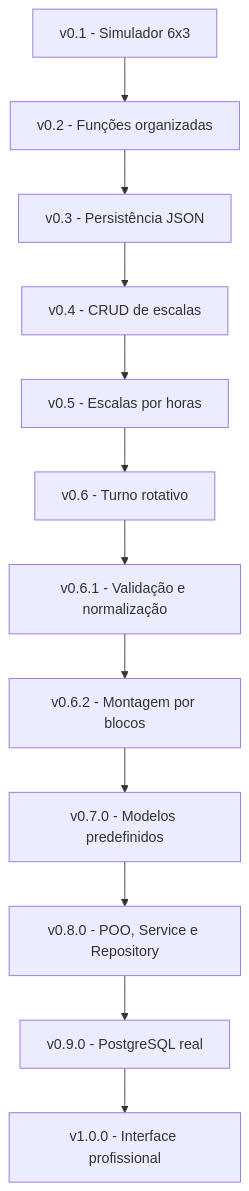
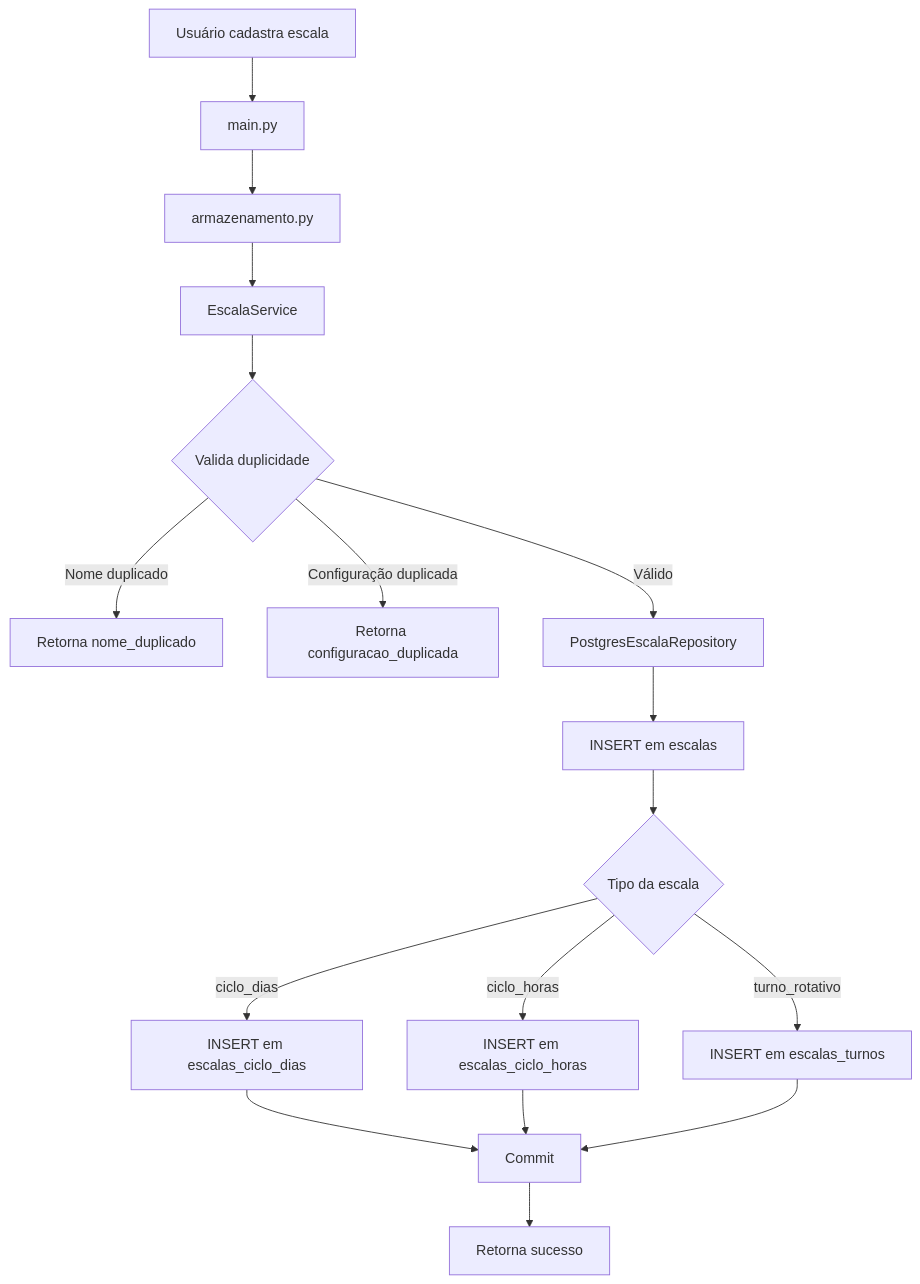
One commit to Dinox75/simulador-escala-trabalho changed the fifth of 5 diagrams in README.md. Above: the diagram before and after it, drawn with Mermaid. The commit also changed other lines of this file and 1 other file, not shown here.

````diff
--- a/README.md
+++ b/README.md
@@ -1196,14 +735,23 @@
 ```mermaid
 flowchart TD
-    A[v0.1 - Simulador 6x3] --> B[v0.2 - Funções organizadas]
-    B --> C[v0.3 - Persistência JSON]
-    C --> D[v0.4 - CRUD de escalas]
-    D --> E[v0.5 - Escalas por horas]
-    E --> F[v0.6 - Turno rotativo]
-    F --> G[v0.6.1 - Validação e normalização]
-    G --> H[v0.6.2 - Montagem por blocos]
-    H --> I[v0.7.0 - Modelos predefinidos]
-    I --> J[v0.8.0 - POO, Service e Repository]
-    J --> K[v0.9.0 - PostgreSQL real]
-    K --> L[v1.0.0 - Interface profissional]
+    A[Usuário cadastra escala] --> B[main.py]
+    B --> C[armazenamento.py]
+    C --> D[EscalaService]
+    D --> E{Valida duplicidade}
+
+    E -->|Nome duplicado| F[Retorna nome_duplicado]
+    E -->|Configuração duplicada| G[Retorna configuracao_duplicada]
+    E -->|Válido| H[PostgresEscalaRepository]
+
+    H --> I[INSERT em escalas]
+    I --> J{Tipo da escala}
+
+    J -->|ciclo_dias| K[INSERT em escalas_ciclo_dias]
+    J -->|ciclo_horas| L[INSERT em escalas_ciclo_horas]
+    J -->|turno_rotativo| M[INSERT em escalas_turnos]
+
+    K --> N[Commit]
+    L --> N[Commit]
+    M --> N[Commit]
+    N --> O[Retorna sucesso]
 ```
````
